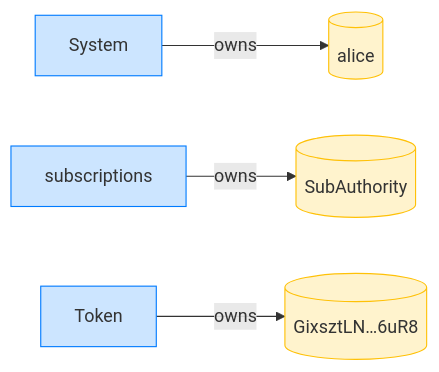
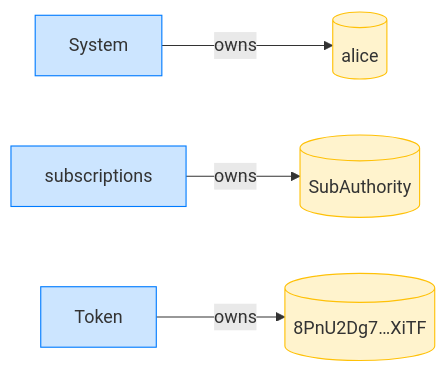
The fourth of 12 diagrams in dsl_tests/transfer-subscription--a-sunset-plan-still-allows-pulls.md (cds-rs/subscriptions), drawn with Mermaid before and after one commit. The commit also changed other lines of this file and 224 other files, not shown here.

````diff
--- a/dsl_tests/transfer-subscription--a-sunset-plan-still-allows-pulls.md
+++ b/dsl_tests/transfer-subscription--a-sunset-plan-still-allows-pulls.md
@@ -73,14 +78,14 @@
 ```mermaid
 flowchart LR
     classDef owner fill:#cce5ff,stroke:#007bff;
     classDef account fill:#fff3cd,stroke:#ffc107;
     System[System]:::owner
     alice[(alice)]:::account
     subscriptions[subscriptions]:::owner
     SubAuthority[(SubAuthority)]:::account
     Token[Token]:::owner
-    GixsztLN_6uR8[("GixsztLN…6uR8")]:::account
+    8PnU2Dg7_XiTF[("8PnU2Dg7…XiTF")]:::account
     System -->|owns| alice
     subscriptions -->|owns| SubAuthority
-    Token -->|owns| GixsztLN_6uR8
+    Token -->|owns| 8PnU2Dg7_XiTF
 ```
````
